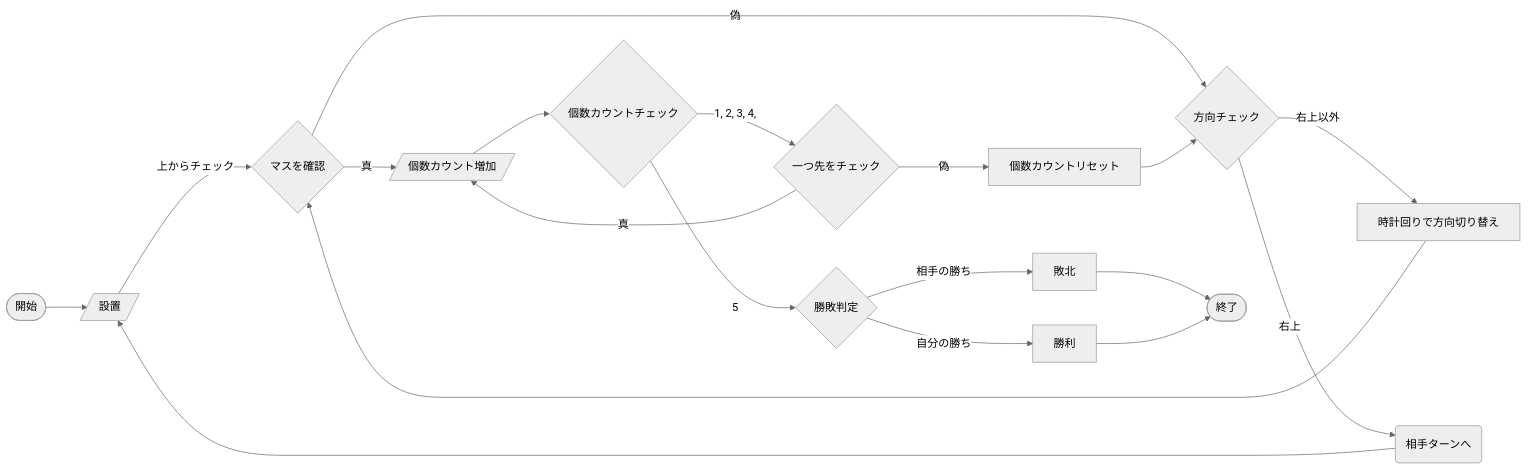
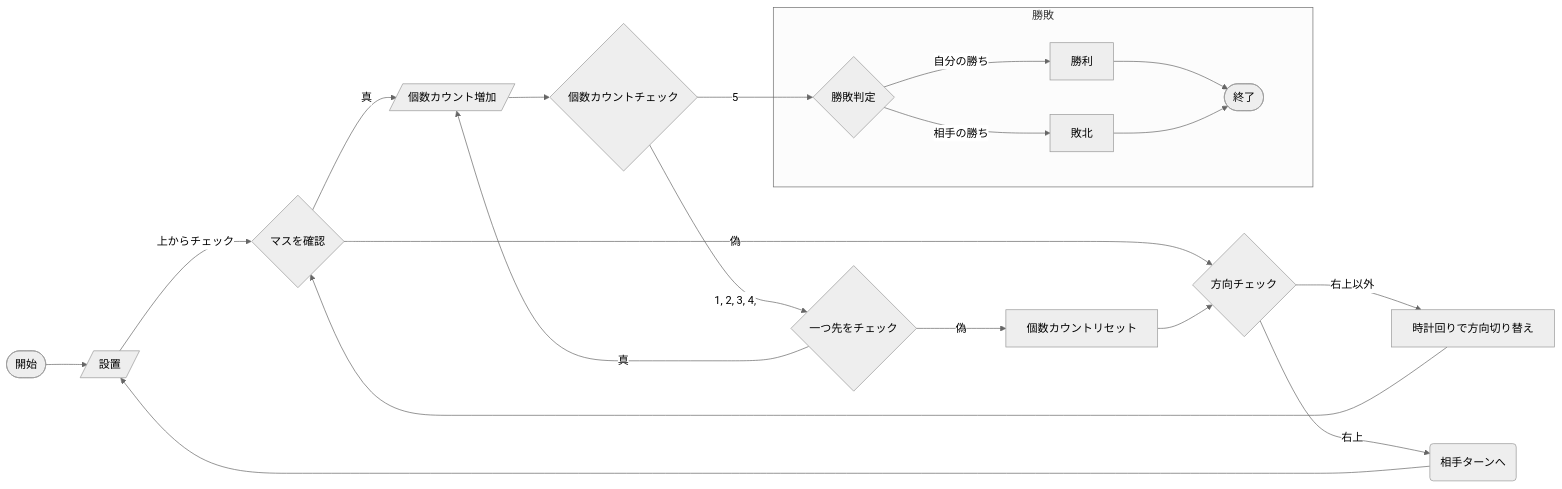
One commit to tpu-game-2023/mermaid_test changed the first of 3 diagrams in README.md. Above: the diagram before and after it, drawn with Mermaid (neutral theme). The commit also changed other lines of this file, not shown here.

Commit message:
Update シーケンス図

````diff
--- a/README.md
+++ b/README.md
@@ -21,21 +15,23 @@
 ```mermaid
 flowchart LR;
   Z([開始]) --> A;
   A[/設置/] --上からチェック--> B{マスを確認};
   B -- 真 --> C[/個数カウント増加/];
   B -- 偽 --> D{方向チェック};
   C --> E{個数カウントチェック};
   E -- 1, 2, 3, 4, --> F{一つ先をチェック};
   F --真--> C;
   F --偽--> G[個数カウントリセット];
-  E -- 5 --> H{勝敗判定};
   G --> D;
   D --右上以外--> I[時計回りで方向切り替え];
   I --> B;
   D -- 右上 --> J(相手ターンへ);
   J --> A;
-  H --自分の勝ち-->K[勝利];
-  H --相手の勝ち-->L[敗北];
-  L --> M([終了]);
-  K --> M;
+  E -- 5 --> H{勝敗判定};
+  subgraph "勝敗"
+   H --自分の勝ち-->K[勝利];
+   H --相手の勝ち-->L[敗北];
+   K --> M([終了]);
+   L --> M;
+  end
 ```
````
